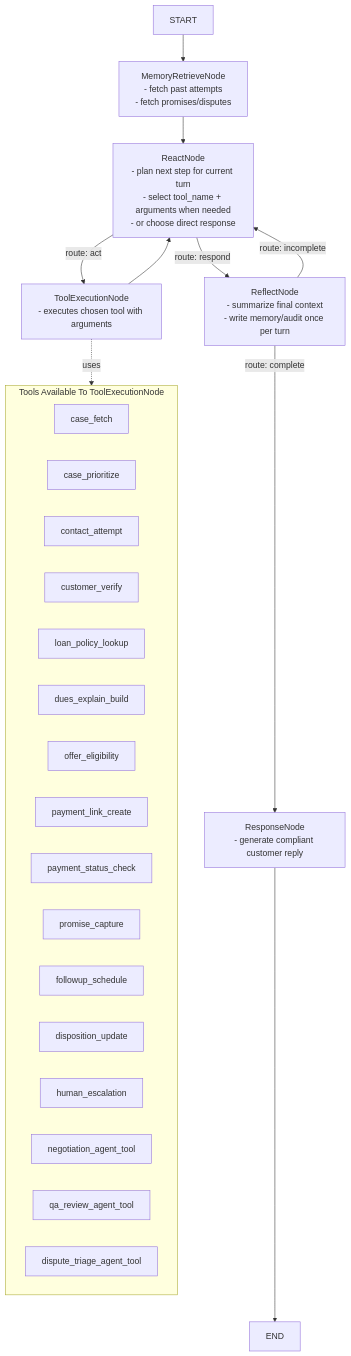
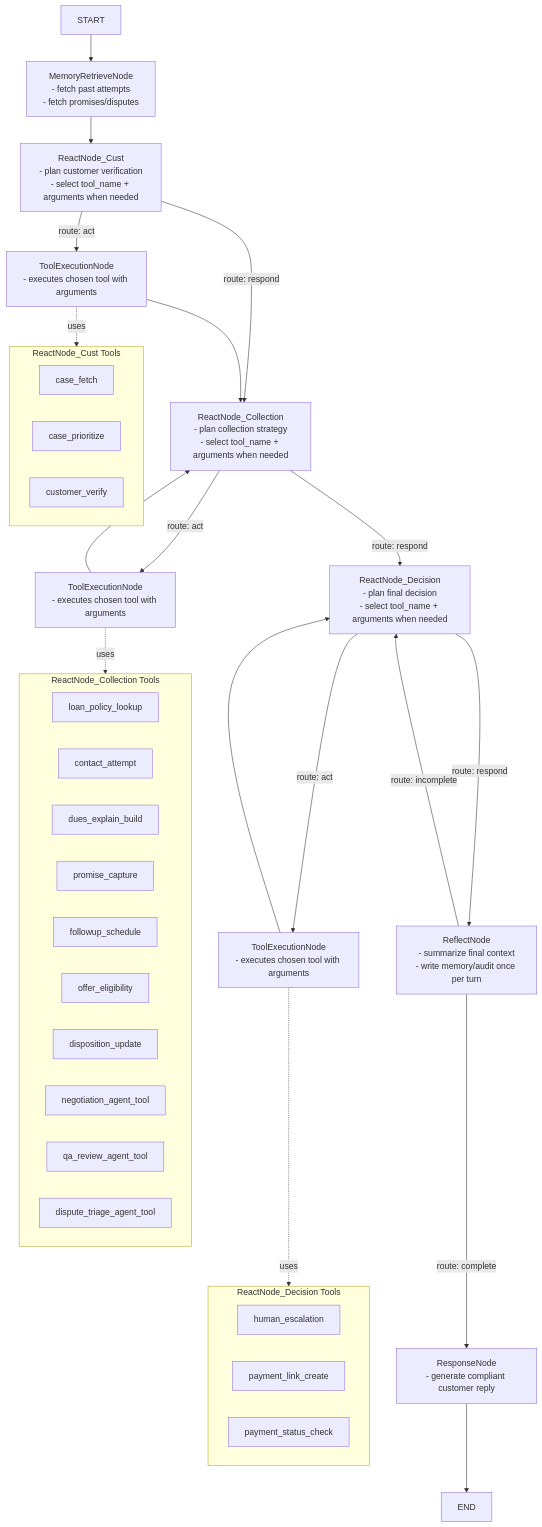
The diagram in test.md (Akshay-Udnur/SaleskenProblem), drawn with Mermaid before and after one commit.

````diff
--- a/test.md
+++ b/test.md
@@ -1,32 +1,51 @@
 ```mermaid
 flowchart TD
   Start["START"] --> MR["MemoryRetrieveNode\n- fetch past attempts\n- fetch promises/disputes"]
-  MR --> RN["ReactNode\n- plan next step for current turn\n- select tool_name + arguments when needed\n- or choose direct response"]
-  RN -->|route: act| TE["ToolExecutionNode\n- executes chosen tool with arguments"]
-  RN -->|route: respond| RF["ReflectNode\n- summarize final context\n- write memory/audit once per turn"]
-  TE --> RN
-  RF -->|route: incomplete| RN
+  MR --> RN1["ReactNode_Cust\n- plan customer verification\n- select tool_name + arguments when needed"]
+  RN1 -->|route: act| TE1["ToolExecutionNode\n- executes chosen tool with arguments"]
+  RN1 -->|route: respond| RN2
+  TE1 --> RN2
+  
+  RN2["ReactNode_Collection\n- plan collection strategy\n- select tool_name + arguments when needed"]
+  RN2 -->|route: act| TE2["ToolExecutionNode\n- executes chosen tool with arguments"]
+  RN2 -->|route: respond| RN3
+  TE2 --> RN2
+  
+  RN3["ReactNode_Decision\n- plan final decision\n- select tool_name + arguments when needed"]
+  RN3 -->|route: act| TE3["ToolExecutionNode\n- executes chosen tool with arguments"]
+  RN3 -->|route: respond| RF["ReflectNode\n- summarize final context\n- write memory/audit once per turn"]
+  TE3 --> RN3
+  
+  RF -->|route: incomplete| RN3
   RF -->|route: complete| RS["ResponseNode\n- generate compliant customer reply"]
   RS --> End["END"]
 
-  subgraph TBOX["Tools Available To ToolExecutionNode"]
+  subgraph CUST["ReactNode_Cust Tools"]
     T1["case_fetch"]
     T2["case_prioritize"]
+    T4["customer_verify"]
+  end
+
+  subgraph COLLECTION["ReactNode_Collection Tools"]
+    T5["loan_policy_lookup"]
     T3["contact_attempt"]
-    T4["customer_verify"]
-    T5["loan_policy_lookup"]
     T6["dues_explain_build"]
-    T7["offer_eligibility"]
-    T8["payment_link_create"]
-    T9["payment_status_check"]
     T10["promise_capture"]
     T11["followup_schedule"]
+    T7["offer_eligibility"]
     T12["disposition_update"]
-    T13["human_escalation"]
     T14["negotiation_agent_tool"]
     T15["qa_review_agent_tool"]
     T16["dispute_triage_agent_tool"]
   end
 
-  TE -.uses.-> TBOX
+  subgraph DECISION["ReactNode_Decision Tools"]
+    T13["human_escalation"]
+    T8["payment_link_create"]
+    T9["payment_status_check"]
+  end
+
+  TE1 -.uses.-> CUST
+  TE2 -.uses.-> COLLECTION
+  TE3 -.uses.-> DECISION
 ```
````
